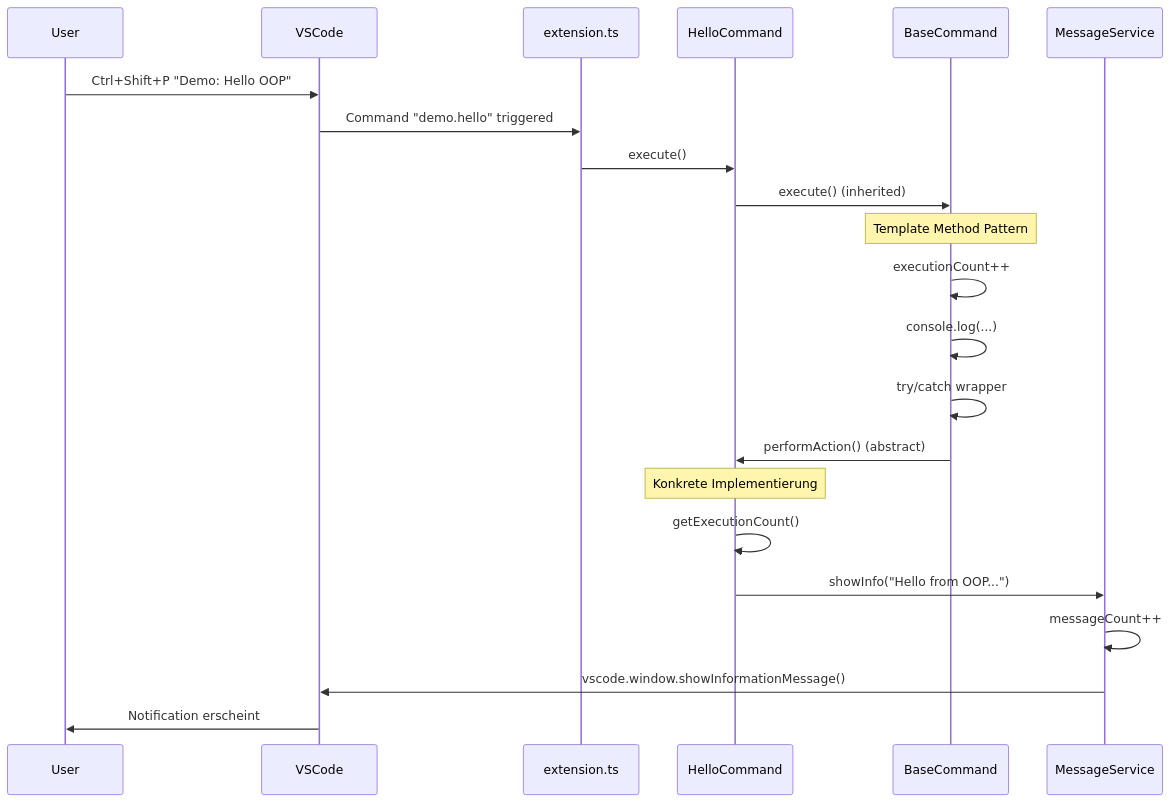
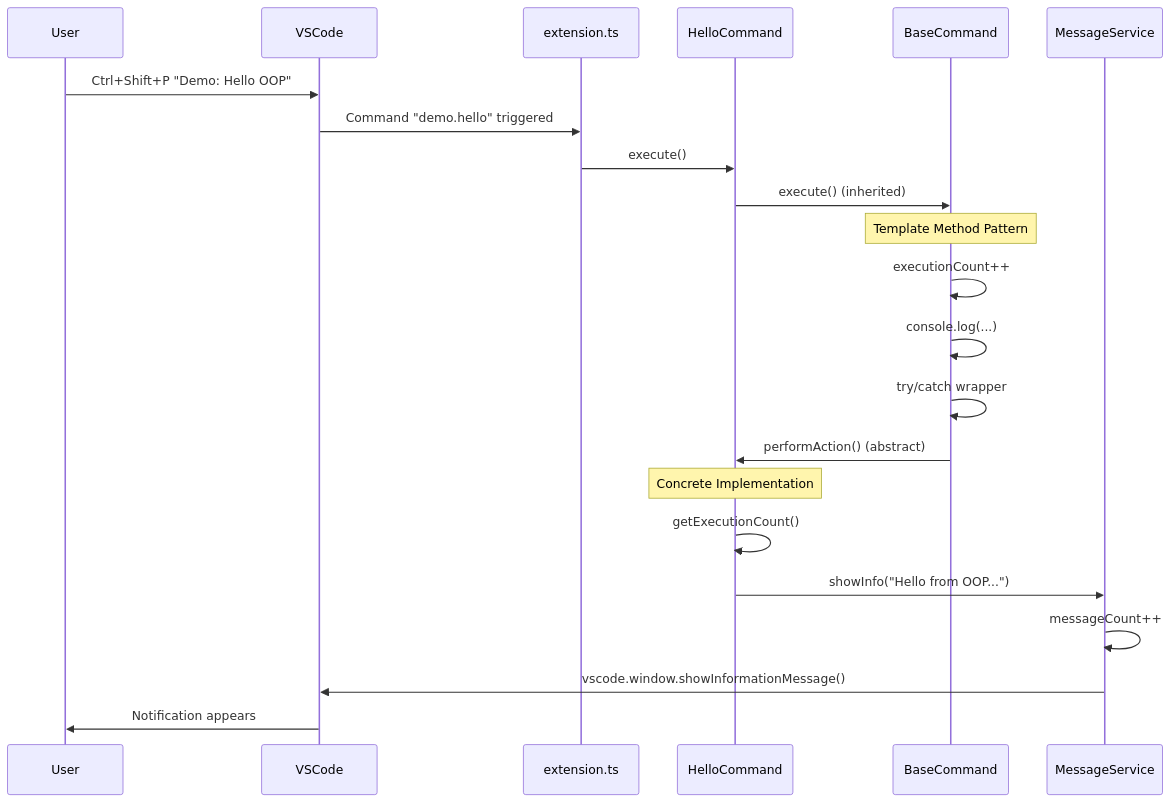
The third of 4 diagrams in README.md (nanolon/demo), drawn with Mermaid before and after one commit. The commit also changed other lines of this file and 12 other files, not shown here.

````diff
--- a/README.md
+++ b/README.md
@@ -109,27 +109,27 @@
 ```mermaid
 sequenceDiagram
     participant User
     participant VSCode
     participant Extension as extension.ts
     participant Cmd as HelloCommand
     participant Base as BaseCommand
     participant Svc as MessageService
     
     User->>VSCode: Ctrl+Shift+P "Demo: Hello OOP"
     VSCode->>Extension: Command "demo.hello" triggered
     Extension->>Cmd: execute()
     Cmd->>Base: execute() (inherited)
     
     Note over Base: Template Method Pattern
     Base->>Base: executionCount++
     Base->>Base: console.log(...)
     Base->>Base: try/catch wrapper
     Base->>Cmd: performAction() (abstract)
     
-    Note over Cmd: Konkrete Implementierung
+    Note over Cmd: Concrete Implementation
     Cmd->>Cmd: getExecutionCount()
     Cmd->>Svc: showInfo("Hello from OOP...")
     Svc->>Svc: messageCount++
     Svc->>VSCode: vscode.window.showInformationMessage()
-    VSCode->>User: Notification erscheint
+    VSCode->>User: Notification appears
 ```
````
